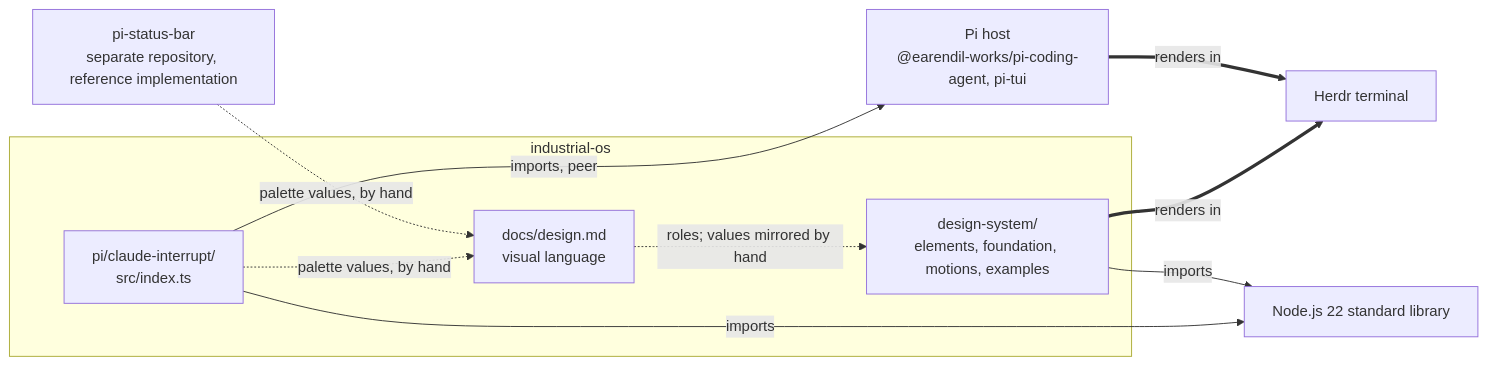
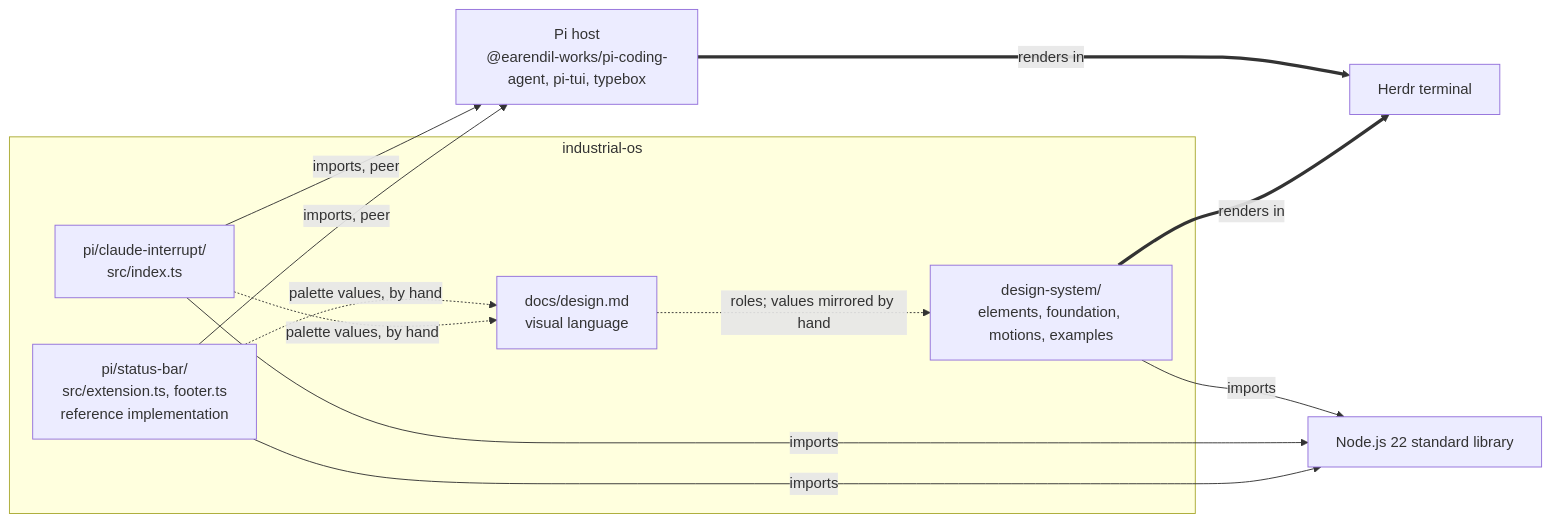
Before and after one commit to jigenator/industrial-os: the diagram in docs/architecture.md, drawn with Mermaid. The commit also changed other lines of this file and 9 other files, not shown here.

First line of the commit message:
docs: list pi/status-bar in the root and pi/ guides

````diff
--- a/docs/architecture.md
+++ b/docs/architecture.md
@@ -21,21 +22,23 @@
 ```mermaid
 flowchart LR
     subgraph repo["industrial-os"]
         DS["design-system/<br/>elements, foundation, motions, examples"]
         CI["pi/claude-interrupt/<br/>src/index.ts"]
+        SB["pi/status-bar/<br/>src/extension.ts, footer.ts<br/>reference implementation"]
         Design["docs/design.md<br/>visual language"]
     end
     Node["Node.js 22 standard library"]
-    PiHost["Pi host<br/>@earendil-works/pi-coding-agent, pi-tui"]
+    PiHost["Pi host<br/>@earendil-works/pi-coding-agent, pi-tui, typebox"]
     Herdr["Herdr terminal"]
-    StatusBar["pi-status-bar<br/>separate repository, reference implementation"]
 
     DS -->|imports| Node
     CI -->|imports, peer| PiHost
     CI -->|imports| Node
+    SB -->|imports, peer| PiHost
+    SB -->|imports| Node
     PiHost ==>|renders in| Herdr
     DS ==>|renders in| Herdr
-    StatusBar -.->|palette values, by hand| Design
+    SB -.->|palette values, by hand| Design
     CI -.->|palette values, by hand| Design
     Design -.->|roles; values mirrored by hand| DS
 ```
````
